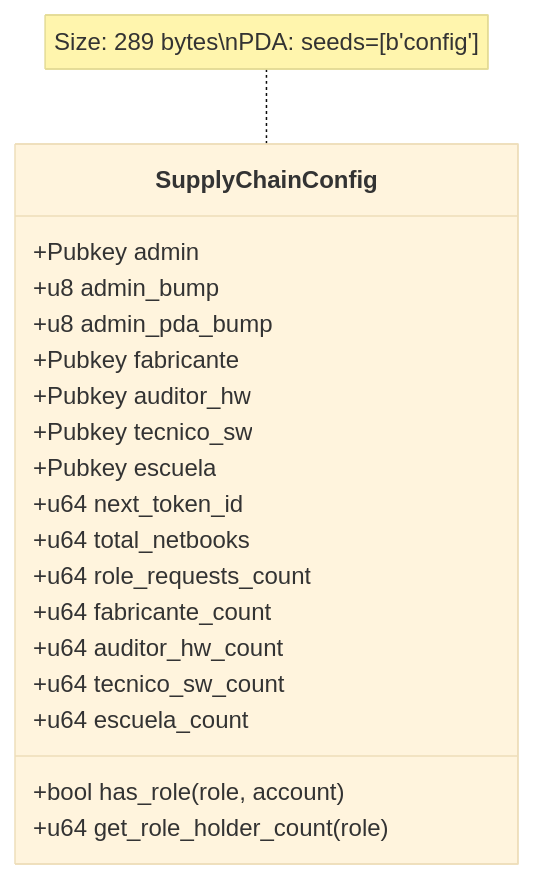
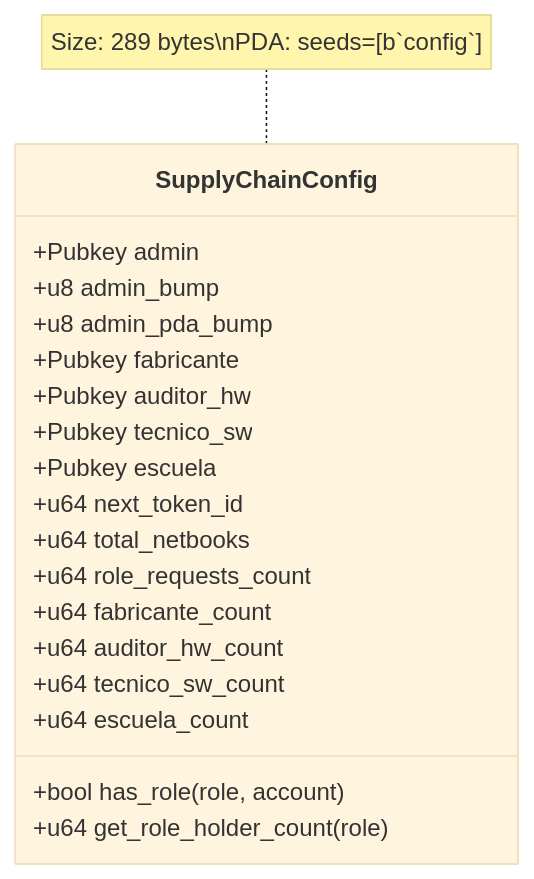
One commit to 87maxi/SupplyChainTracker-solana- changed the fifth of 18 diagrams in README.md. Above: the diagram before and after it, drawn with Mermaid (base theme). The commit also changed other lines of this file, not shown here.

First line of the commit message:
fix: repair Mermaid diagram parse errors in README.md

````diff
--- a/README.md
+++ b/README.md
@@ -157,23 +157,23 @@
 ```mermaid
 classDiagram
     class SupplyChainConfig {
         +Pubkey admin
         +u8 admin_bump
         +u8 admin_pda_bump
         +Pubkey fabricante
         +Pubkey auditor_hw
         +Pubkey tecnico_sw
         +Pubkey escuela
         +u64 next_token_id
         +u64 total_netbooks
         +u64 role_requests_count
         +u64 fabricante_count
         +u64 auditor_hw_count
         +u64 tecnico_sw_count
         +u64 escuela_count
         +bool has_role(role, account)
         +u64 get_role_holder_count(role)
     }
 
-    note for SupplyChainConfig "Size: 289 bytes\nPDA: seeds=[b'config']"
+    note for SupplyChainConfig "Size: 289 bytes\nPDA: seeds=[b`config`]"
 ```
````
